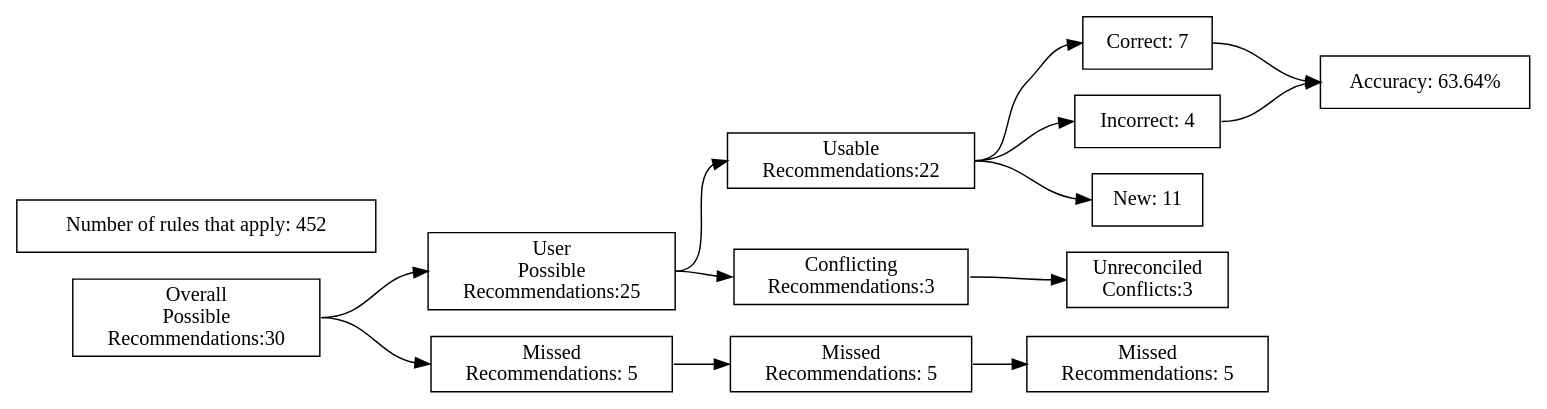
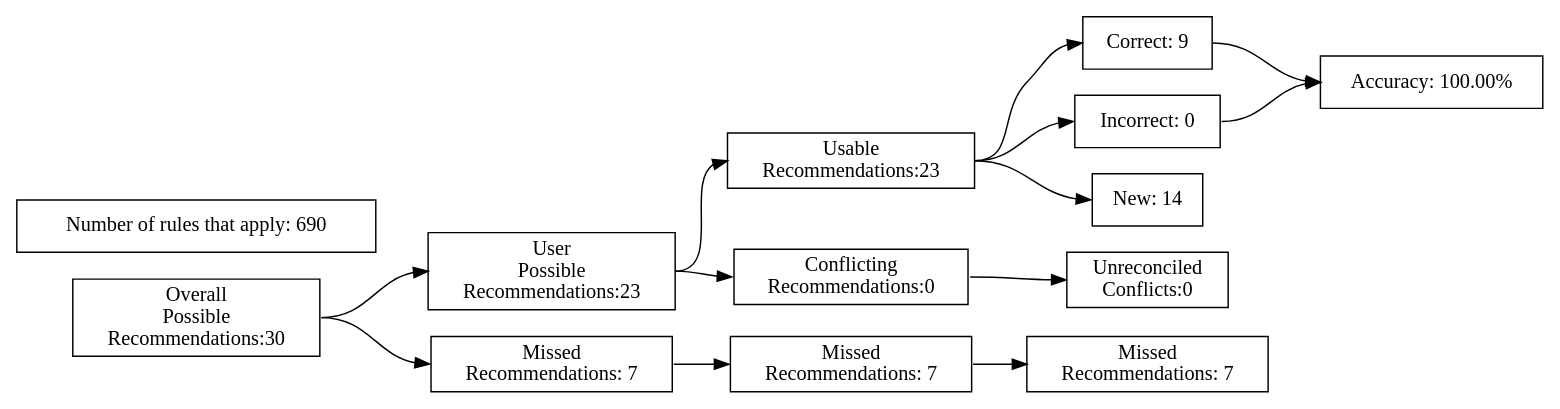
The diagram in test_renders/14.gv (ZaxR/ibd_diet_analysis), drawn with Graphviz before and after one commit. The commit also changed 78 other files, not shown here.

```diff
--- a/test_renders/14.gv
+++ b/test_renders/14.gv
@@ -1,40 +1,40 @@
 digraph {
 	graph [rankdir=LR]
 	node [pos=r shape=box]
 	edge [headport=w tailport=e]
 		A [label="Overall
 Possible
 Recommendations:30"]
 		B [label="User
 Possible
-Recommendations:25"]
+Recommendations:23"]
 		C [label="Missed
-Recommendations: 5"]
+Recommendations: 7"]
 		D [label="Usable
-Recommendations:22"]
+Recommendations:23"]
 		E [label="Conflicting
-Recommendations:3"]
+Recommendations:0"]
 		J [label="Missed
-Recommendations: 5"]
+Recommendations: 7"]
 		M [label="Unreconciled
-Conflicts:3"]
-		F [label="Correct: 7"]
-		G [label="Incorrect: 4"]
-		H [label="New: 11"]
+Conflicts:0"]
+		F [label="Correct: 9"]
+		G [label="Incorrect: 0"]
+		H [label="New: 14"]
 		K [label="Missed
-Recommendations: 5"]
-		I [label="Accuracy: 63.64%"]
-		l [label="Number of rules that apply: 452"]
+Recommendations: 7"]
+		I [label="Accuracy: 100.00%"]
+		l [label="Number of rules that apply: 690"]
 			A -> B
 			A -> C
 			B -> D
 			B -> E
 			D -> F
 			D -> G
 			D -> H
 			F -> I
 			G -> I
 			C -> J
 			J -> K
 			E -> M
 }
```
